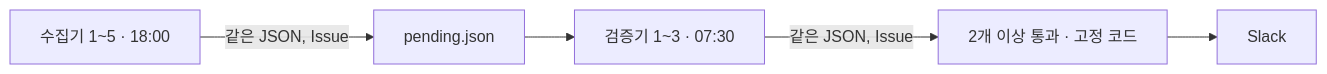
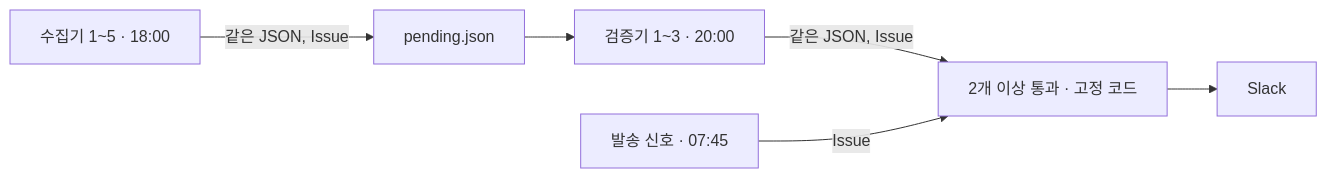
One commit to edder773/careerground changed the first of 2 diagrams in docs/architecture/jobs-notification-pipeline.md. Above: the diagram before and after it, drawn with Mermaid. The commit also changed other lines of this file and 3 other files, not shown here.

````diff
--- a/docs/architecture/jobs-notification-pipeline.md
+++ b/docs/architecture/jobs-notification-pipeline.md
@@ -5,7 +5,8 @@
 ```mermaid
 flowchart LR
   C[수집기 1~5 · 18:00] -->|같은 JSON, Issue| P[pending.json]
-  P --> R[검증기 1~3 · 07:30]
+  P --> R[검증기 1~3 · 20:00]
   R -->|같은 JSON, Issue| F[2개 이상 통과 · 고정 코드]
+  S[발송 신호 · 07:45] -->|Issue| F
   F --> N[Slack]
 ```
````
